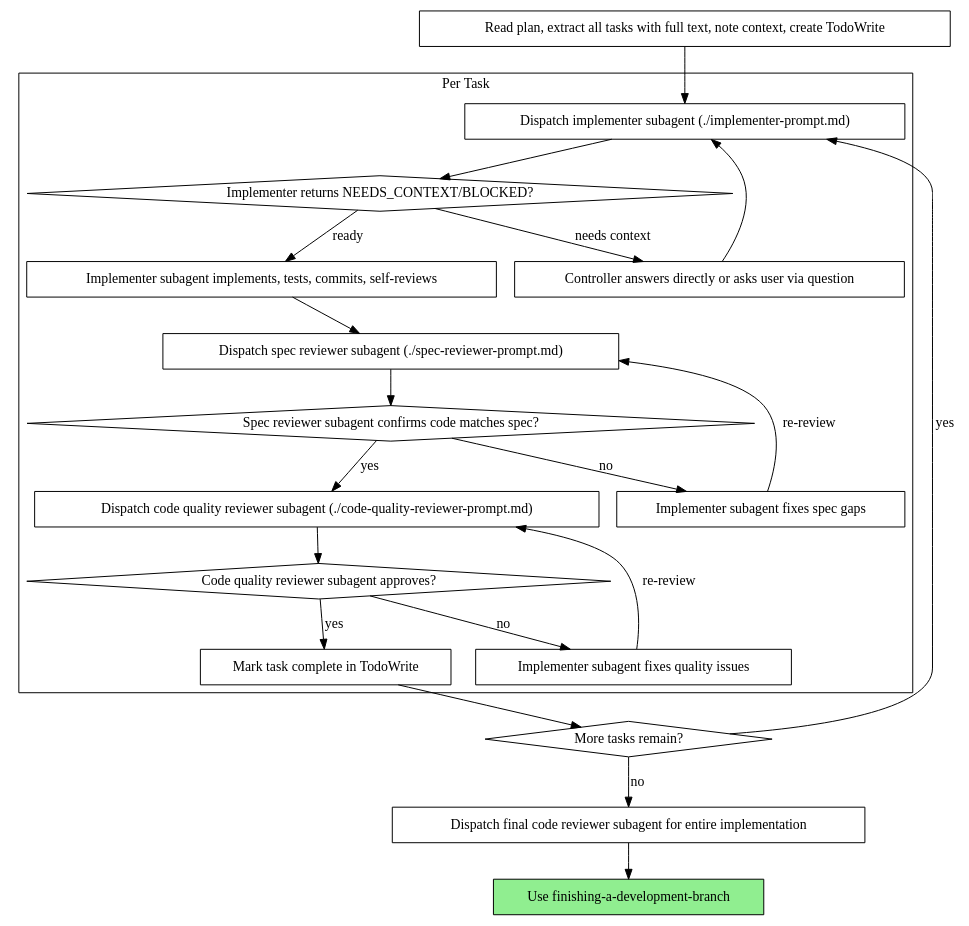
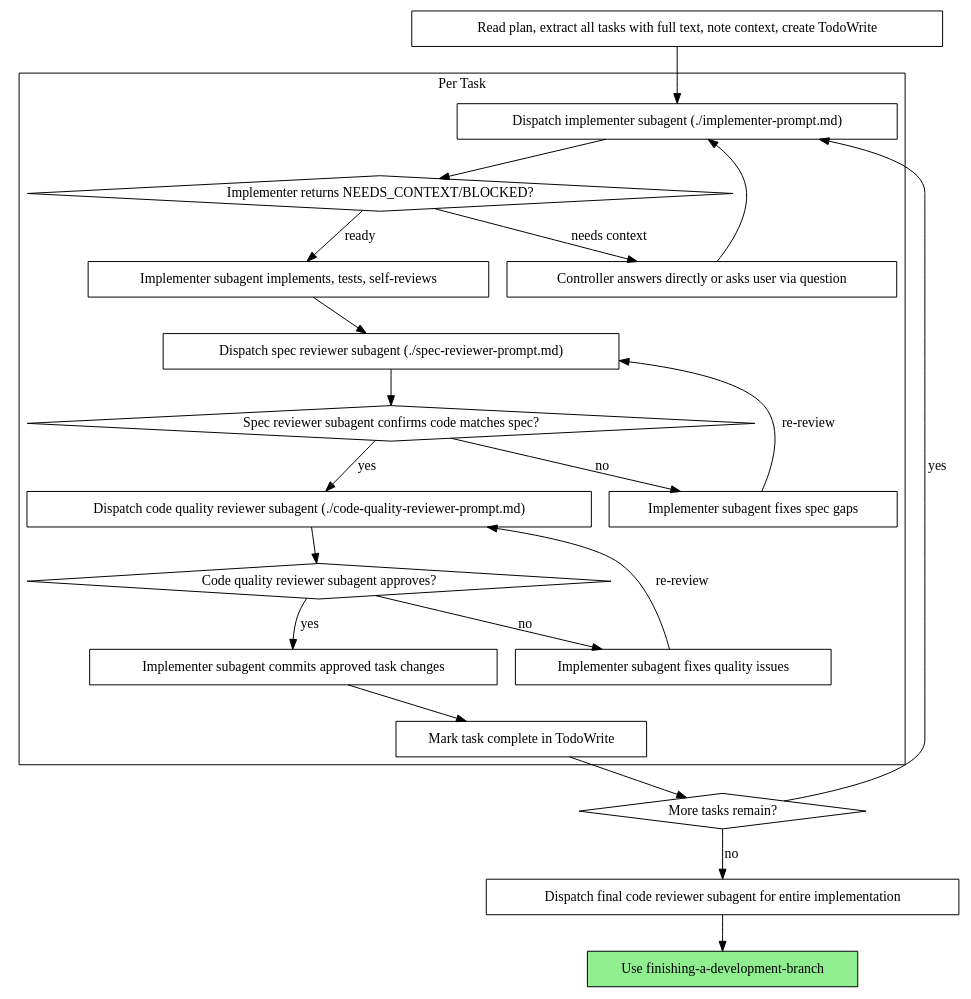
Before and after one commit to CYL96/opencode: the second of 2 diagrams in skills/subagent-driven-development/SKILL.md, drawn with Graphviz. The commit also changed other lines of this file and 5 other files, not shown here.

````diff
--- a/skills/subagent-driven-development/SKILL.md
+++ b/skills/subagent-driven-development/SKILL.md
@@ -42,44 +42,46 @@
 ```dot
 digraph process {
     rankdir=TB;
 
     subgraph cluster_per_task {
         label="Per Task";
         "Dispatch implementer subagent (./implementer-prompt.md)" [shape=box];
         "Implementer returns NEEDS_CONTEXT/BLOCKED?" [shape=diamond];
         "Controller answers directly or asks user via question" [shape=box];
-        "Implementer subagent implements, tests, commits, self-reviews" [shape=box];
+        "Implementer subagent implements, tests, self-reviews" [shape=box];
         "Dispatch spec reviewer subagent (./spec-reviewer-prompt.md)" [shape=box];
         "Spec reviewer subagent confirms code matches spec?" [shape=diamond];
         "Implementer subagent fixes spec gaps" [shape=box];
         "Dispatch code quality reviewer subagent (./code-quality-reviewer-prompt.md)" [shape=box];
         "Code quality reviewer subagent approves?" [shape=diamond];
         "Implementer subagent fixes quality issues" [shape=box];
+        "Implementer subagent commits approved task changes" [shape=box];
         "Mark task complete in TodoWrite" [shape=box];
     }
 
     "Read plan, extract all tasks with full text, note context, create TodoWrite" [shape=box];
     "More tasks remain?" [shape=diamond];
     "Dispatch final code reviewer subagent for entire implementation" [shape=box];
     "Use finishing-a-development-branch" [shape=box style=filled fillcolor=lightgreen];
 
     "Read plan, extract all tasks with full text, note context, create TodoWrite" -> "Dispatch implementer subagent (./implementer-prompt.md)";
     "Dispatch implementer subagent (./implementer-prompt.md)" -> "Implementer returns NEEDS_CONTEXT/BLOCKED?";
     "Implementer returns NEEDS_CONTEXT/BLOCKED?" -> "Controller answers directly or asks user via question" [label="needs context"];
     "Controller answers directly or asks user via question" -> "Dispatch implementer subagent (./implementer-prompt.md)";
-    "Implementer returns NEEDS_CONTEXT/BLOCKED?" -> "Implementer subagent implements, tests, commits, self-reviews" [label="ready"];
-    "Implementer subagent implements, tests, commits, self-reviews" -> "Dispatch spec reviewer subagent (./spec-reviewer-prompt.md)";
+    "Implementer returns NEEDS_CONTEXT/BLOCKED?" -> "Implementer subagent implements, tests, self-reviews" [label="ready"];
+    "Implementer subagent implements, tests, self-reviews" -> "Dispatch spec reviewer subagent (./spec-reviewer-prompt.md)";
     "Dispatch spec reviewer subagent (./spec-reviewer-prompt.md)" -> "Spec reviewer subagent confirms code matches spec?";
     "Spec reviewer subagent confirms code matches spec?" -> "Implementer subagent fixes spec gaps" [label="no"];
     "Implementer subagent fixes spec gaps" -> "Dispatch spec reviewer subagent (./spec-reviewer-prompt.md)" [label="re-review"];
     "Spec reviewer subagent confirms code matches spec?" -> "Dispatch code quality reviewer subagent (./code-quality-reviewer-prompt.md)" [label="yes"];
     "Dispatch code quality reviewer subagent (./code-quality-reviewer-prompt.md)" -> "Code quality reviewer subagent approves?";
     "Code quality reviewer subagent approves?" -> "Implementer subagent fixes quality issues" [label="no"];
     "Implementer subagent fixes quality issues" -> "Dispatch code quality reviewer subagent (./code-quality-reviewer-prompt.md)" [label="re-review"];
-    "Code quality reviewer subagent approves?" -> "Mark task complete in TodoWrite" [label="yes"];
+    "Code quality reviewer subagent approves?" -> "Implementer subagent commits approved task changes" [label="yes"];
+    "Implementer subagent commits approved task changes" -> "Mark task complete in TodoWrite";
     "Mark task complete in TodoWrite" -> "More tasks remain?";
     "More tasks remain?" -> "Dispatch implementer subagent (./implementer-prompt.md)" [label="yes"];
     "More tasks remain?" -> "Dispatch final code reviewer subagent for entire implementation" [label="no"];
     "Dispatch final code reviewer subagent for entire implementation" -> "Use finishing-a-development-branch";
 }
 ```
````
